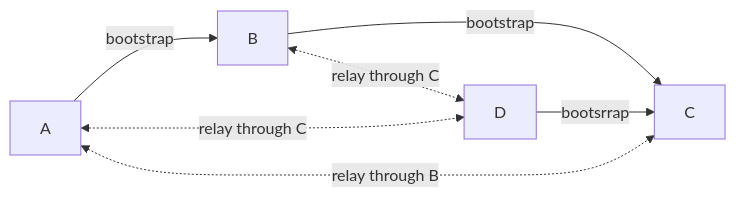
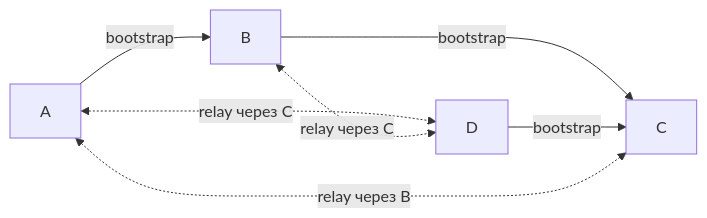
One commit to PixelQuasar/antenna changed the fifth of 6 diagrams in docs/protocol.md. Above: the diagram before and after it, drawn with Mermaid. The commit also changed other lines of this file and 1 other file, not shown here.

````diff
--- a/docs/protocol.md
+++ b/docs/protocol.md
@@ -301,11 +306,10 @@
 ```mermaid
 flowchart LR
 
+A -- bootstrap --> B
 B -- bootstrap --> C
-A -- bootstrap --> B
-B <-. relay through C .-> D
-D -- bootsrrap --> C
-A <-. relay through B .-> C
-A <-. relay through C .-> D
-
+D -- bootstrap --> C
+A <-. relay через B .-> C
+A <-. relay через C .-> D
+B <-. relay через C .-> D
 ```
````
